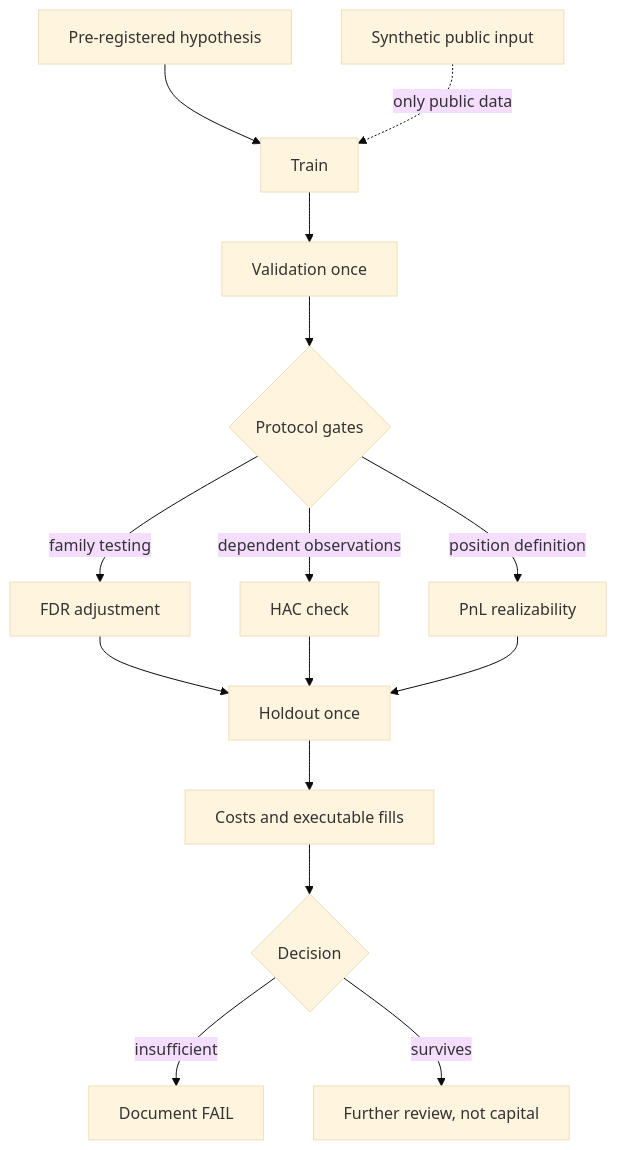
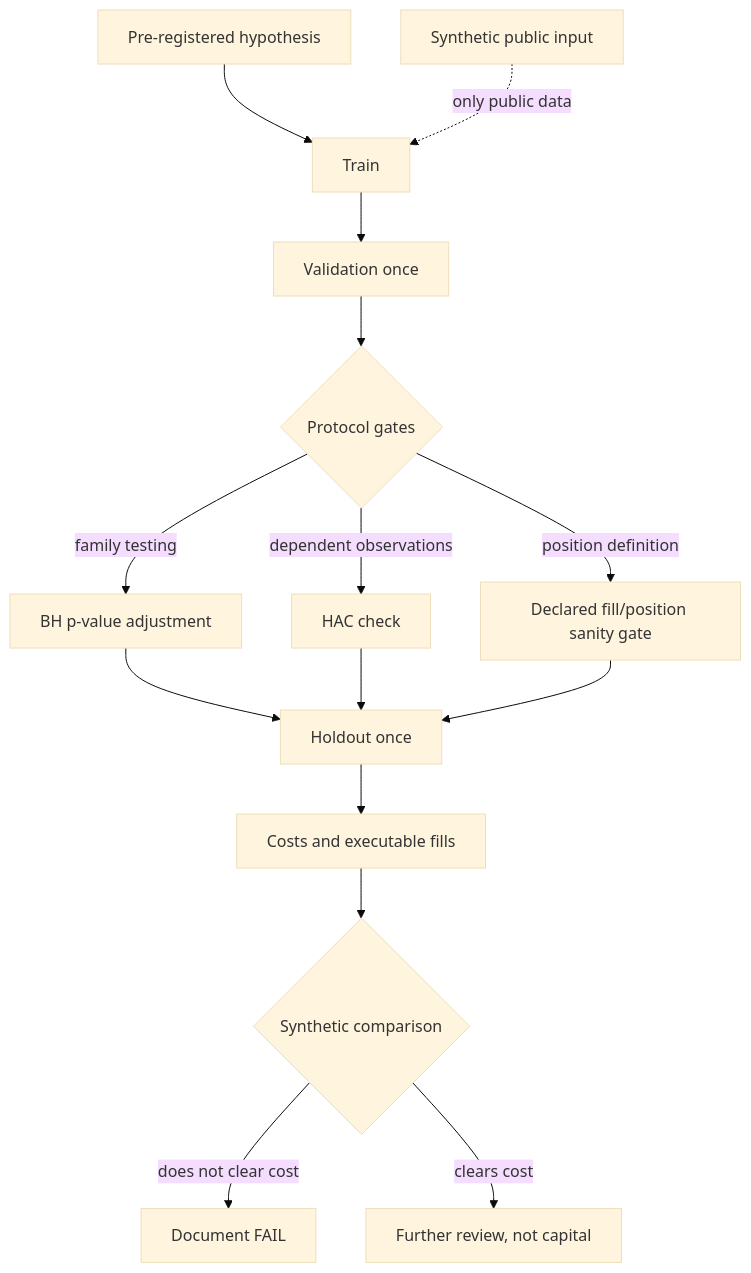
One commit to LuxuriantTech/software-engineering-portfolio changed the diagram in projects/strategy-lab/README.md. Above: the diagram before and after it, drawn with Mermaid (base theme). The commit also changed other lines of this file and 56 other files, not shown here.

```diff
--- a/projects/strategy-lab/README.md
+++ b/projects/strategy-lab/README.md
@@ -44,18 +46,18 @@
 ~~~mermaid
 flowchart TD
     H[Pre-registered hypothesis] --> T[Train]
     T --> V[Validation once]
     V --> G{Protocol gates}
-    G -->|family testing| F[FDR adjustment]
+    G -->|family testing| F[BH p-value adjustment]
     G -->|dependent observations| N[HAC check]
-    G -->|position definition| P[PnL realizability]
+    G -->|position definition| P[Declared fill/position sanity gate]
     F --> O[Holdout once]
     N --> O
     P --> O
     O --> C[Costs and executable fills]
-    C --> D{Decision}
-    D -->|insufficient| X[Document FAIL]
-    D -->|survives| R[Further review, not capital]
+    C --> D{Synthetic comparison}
+    D -->|does not clear cost| X[Document FAIL]
+    D -->|clears cost| R[Further review, not capital]
 
     S[Synthetic public input] -. only public data .-> T
 ~~~
```
